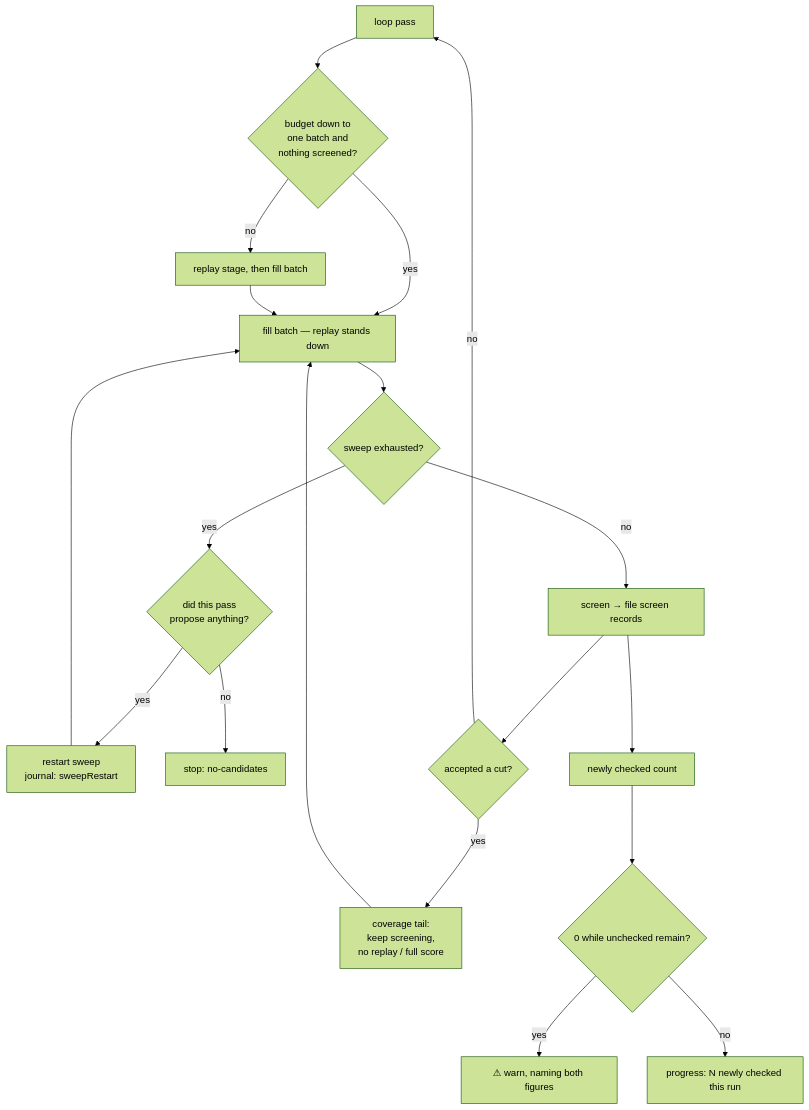
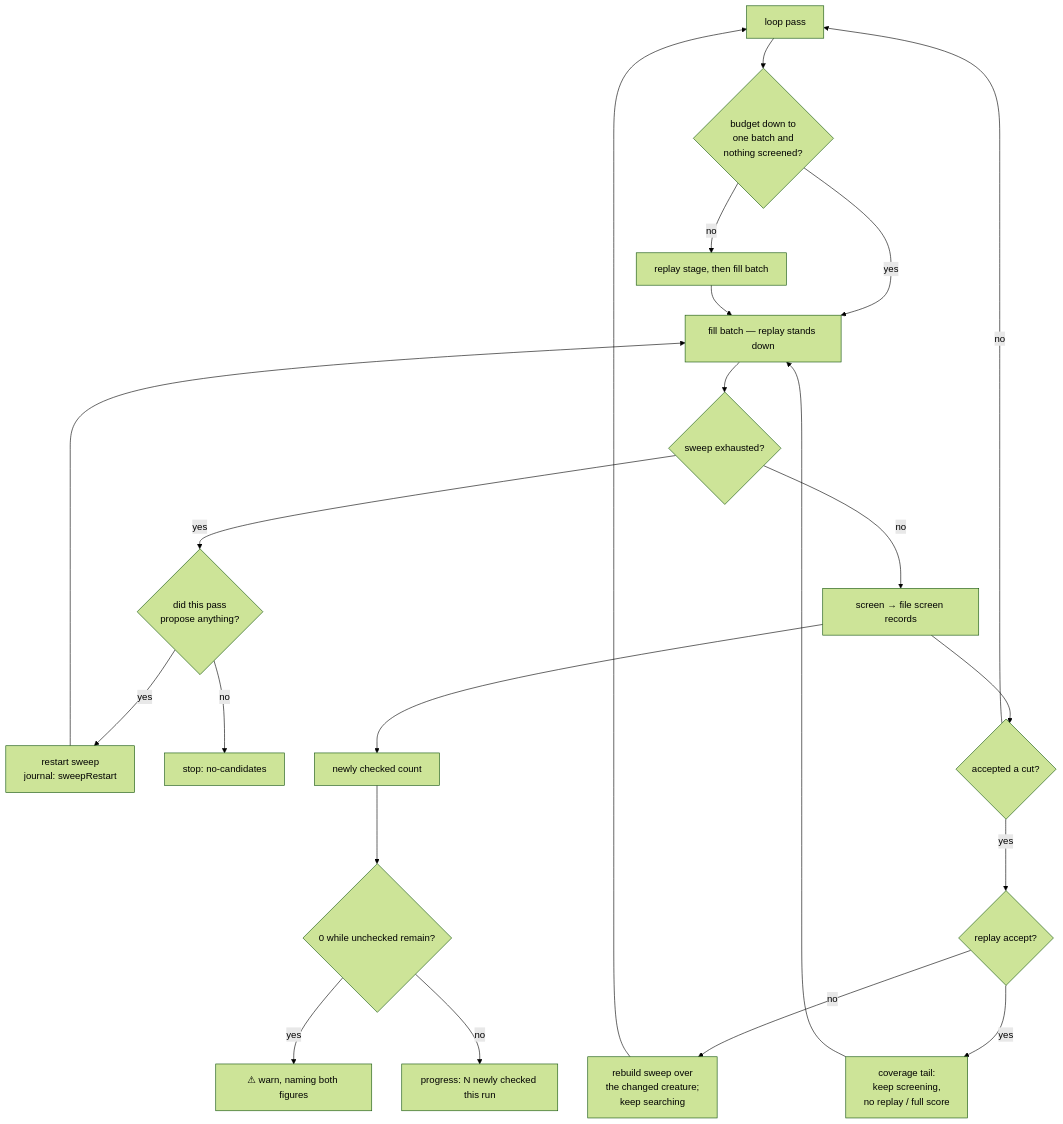
The fifth of 11 diagrams in README.md (stSoftwareAU/NEAT-AI-Ockham), drawn with Mermaid (forest theme) before and after one commit. The commit also changed other lines of this file and 11 other files, not shown here.

````diff
--- a/README.md
+++ b/README.md
@@ -515,21 +516,24 @@
 ```mermaid
 flowchart TD
     L["loop pass"] --> Y{"budget down to<br/>one batch and<br/>nothing screened?"}
     Y -->|yes| B["fill batch — replay stands down"]
     Y -->|no| RP["replay stage, then fill batch"]
     RP --> B
     B --> E{"sweep exhausted?"}
     E -->|no| S["screen → file screen records"]
     E -->|yes| P{"did this pass<br/>propose anything?"}
     P -->|yes| R["restart sweep<br/>journal: sweepRestart"]
     P -->|no| X["stop: no-candidates"]
     R --> B
     S --> A{"accepted a cut?"}
     A -->|no| L
-    A -->|yes| T["coverage tail:<br/>keep screening,<br/>no replay / full score"]
+    A -->|yes| C{"replay accept?"}
+    C -->|no| AR["rebuild sweep over<br/>the changed creature;<br/>keep searching"]
+    AR --> L
+    C -->|yes| T["coverage tail:<br/>keep screening,<br/>no replay / full score"]
     T --> B
     S --> N["newly checked count"]
     N --> W{"0 while unchecked remain?"}
     W -->|yes| G["⚠ warn, naming both figures"]
     W -->|no| K["progress: N newly checked this run"]
 ```
````
